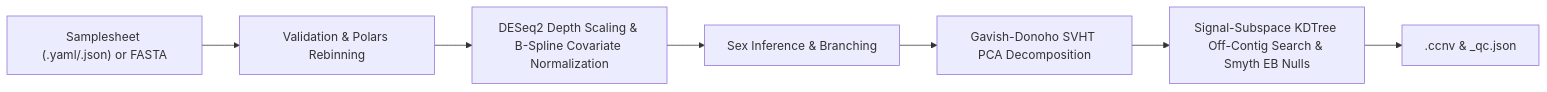
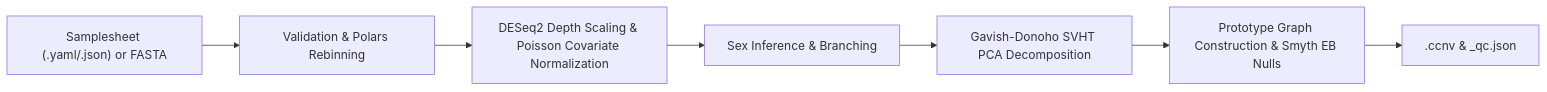
One commit to matthdsm/ccnv changed the second of 3 diagrams in docs/cli.md. Above: the diagram before and after it, drawn with Mermaid. The commit also changed other lines of this file and 15 other files, not shown here.

Commit message:
docs: update architecture, methodology, CLI, and module docs for ccnv v2

````diff
--- a/docs/cli.md
+++ b/docs/cli.md
@@ -76,9 +76,9 @@
 ```mermaid
 flowchart LR
     A["Samplesheet (.yaml/.json) or FASTA"] --> B["Validation & Polars Rebinning"]
-    B --> C["DESeq2 Depth Scaling & B-Spline Covariate Normalization"]
+    B --> C["DESeq2 Depth Scaling & Poisson Covariate Normalization"]
     C --> D["Sex Inference & Branching"]
     D --> E["Gavish-Donoho SVHT PCA Decomposition"]
-    E --> F["Signal-Subspace KDTree Off-Contig Search & Smyth EB Nulls"]
+    E --> F["Prototype Graph Construction & Smyth EB Nulls"]
     F --> G["<prefix>.ccnv & <prefix>_qc.json"]
 ```
````
